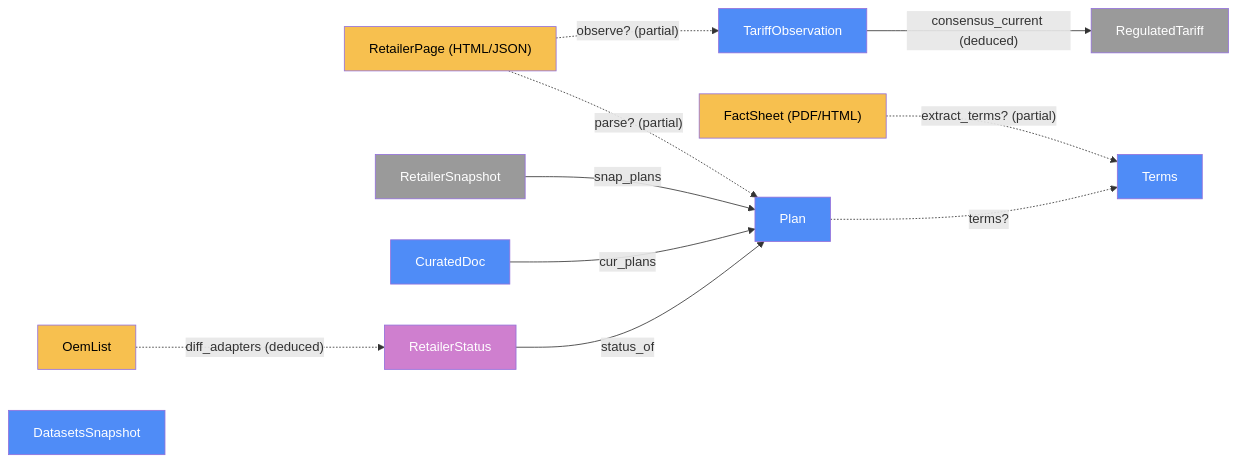
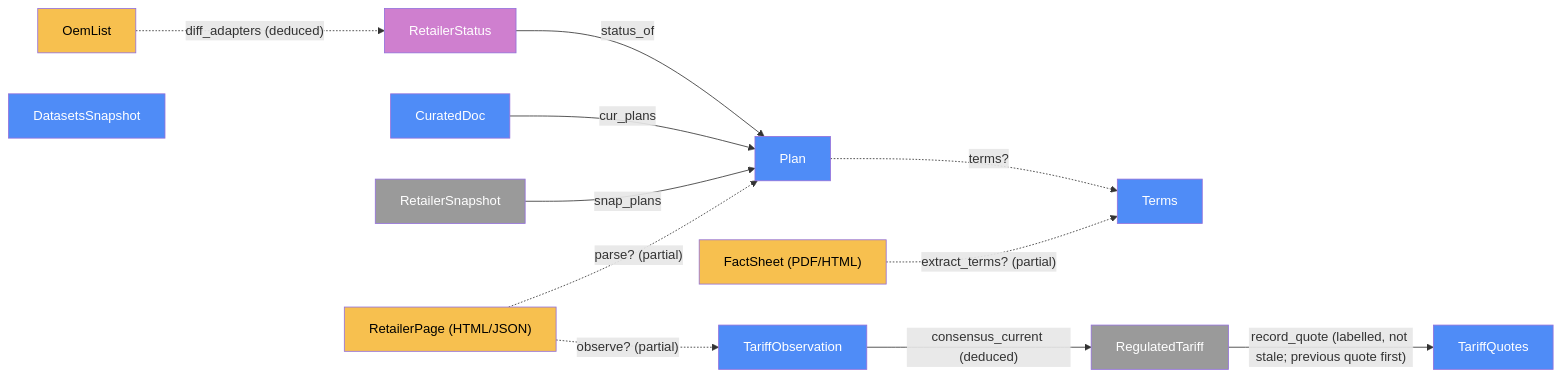
Before and after one commit to sescc/electricity-oemsg-picker: the first of 2 diagrams in docs/ingest/ARCHITECTURE.md, drawn with Mermaid. The commit also changed other lines of this file and 48 other files, not shown here.

````diff
--- a/docs/ingest/ARCHITECTURE.md
+++ b/docs/ingest/ARCHITECTURE.md
@@ -25,34 +25,37 @@
 ```mermaid
 graph LR
     Page["RetailerPage (HTML/JSON)"]
     Plan["Plan"]
     Snap["RetailerSnapshot"]
     Cur["CuratedDoc"]
     Terms["Terms"]
     Fact["FactSheet (PDF/HTML)"]
     Obs["TariffObservation"]
     RT["RegulatedTariff"]
+    TQ["TariffQuotes"]
     St["RetailerStatus"]
     OEM["OemList"]
     DS["DatasetsSnapshot"]
     Page -.->|"parse? (partial)"| Plan
     Page -.->|"observe? (partial)"| Obs
     Snap -->|"snap_plans"| Plan
     Cur -->|"cur_plans"| Plan
     Fact -.->|"extract_terms? (partial)"| Terms
     Plan -.->|"terms?"| Terms
     Obs -->|"consensus_current (deduced)"| RT
+    RT -->|"record_quote (labelled, not stale; previous quote first)"| TQ
     St -->|"status_of"| Plan
     OEM -.->|"diff_adapters (deduced)"| St
     style Plan fill:#4f8cf7,color:#fff
     style Snap fill:#9a9a9a,color:#fff
     style Cur fill:#4f8cf7,color:#fff
     style Terms fill:#4f8cf7,color:#fff
     style RT fill:#9a9a9a,color:#fff
+    style TQ fill:#4f8cf7,color:#fff
     style DS fill:#4f8cf7,color:#fff
     style Page fill:#f7c04f,color:#000
     style Fact fill:#f7c04f,color:#000
     style OEM fill:#f7c04f,color:#000
     style Obs fill:#4f8cf7,color:#fff
     style St fill:#cf7fcf,color:#fff
 ```
````
